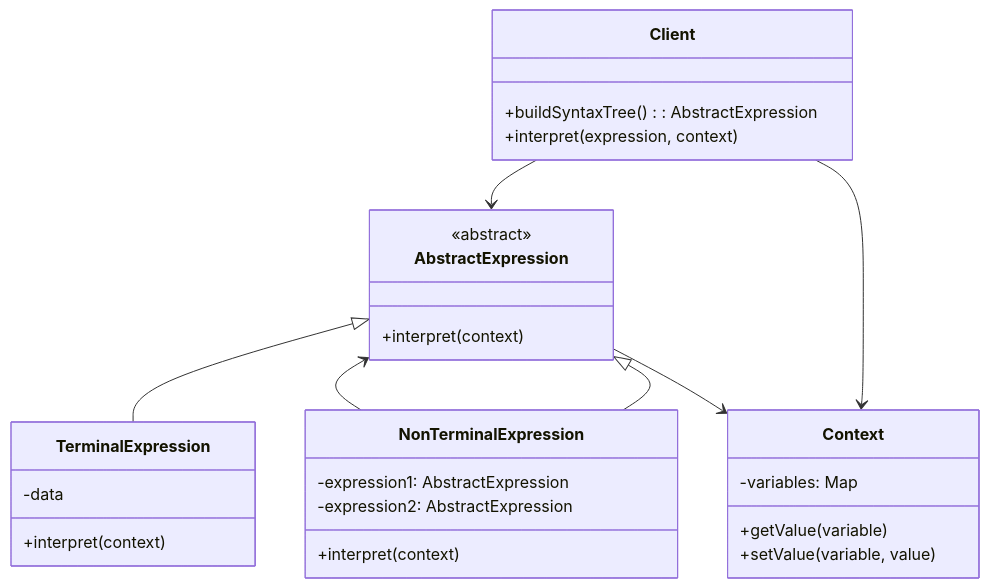
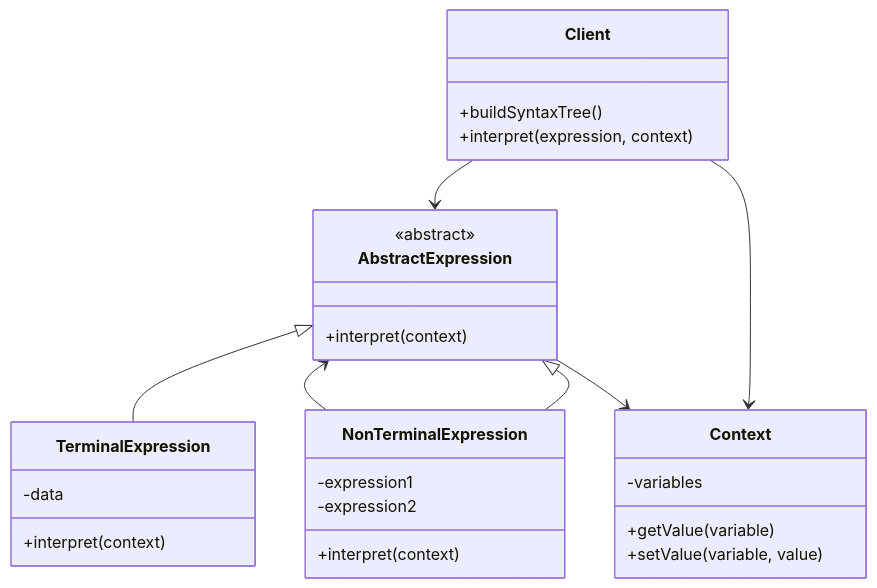
The first of 2 diagrams in resources/design-patterns/laravel/behavioral/interpreter_en.md (fanly/DesignPattern), drawn with Mermaid before and after one commit. The commit also changed 17 other files, not shown here.

````diff
--- a/resources/design-patterns/laravel/behavioral/interpreter_en.md
+++ b/resources/design-patterns/laravel/behavioral/interpreter_en.md
@@ -10,36 +10,36 @@
 ```mermaid
 classDiagram
     class AbstractExpression {
         <<abstract>>
         +interpret(context)
     }
     
     class TerminalExpression {
         -data
         +interpret(context)
     }
     
     class NonTerminalExpression {
-        -expression1: AbstractExpression
-        -expression2: AbstractExpression
+        -expression1
+        -expression2
         +interpret(context)
     }
     
     class Context {
-        -variables: Map
+        -variables
         +getValue(variable)
         +setValue(variable, value)
     }
     
     class Client {
-        +buildSyntaxTree(): AbstractExpression
+        +buildSyntaxTree()
         +interpret(expression, context)
     }
     
     AbstractExpression <|-- TerminalExpression
     AbstractExpression <|-- NonTerminalExpression
     NonTerminalExpression --> AbstractExpression
     Client --> AbstractExpression
     Client --> Context
     AbstractExpression --> Context
 ```
````
